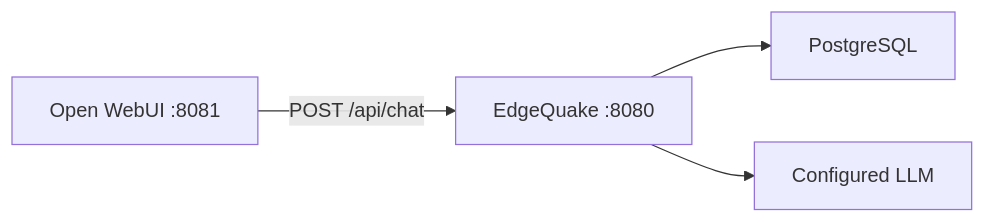
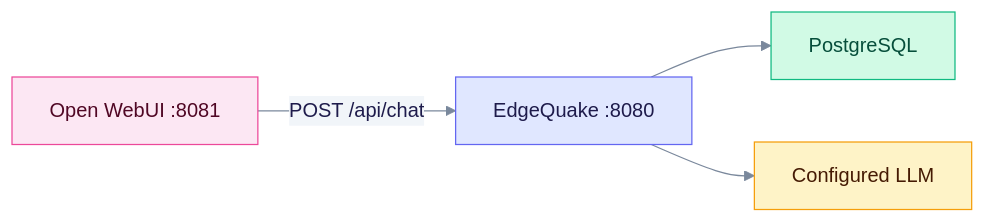
One commit to raphaelmansuy/edgequake changed the diagram in docs/integrations/open-webui.md. Above: the diagram before and after it, drawn with Mermaid. The commit also changed other lines of this file and 194 other files, not shown here.

First line of the commit message:
Refresh docs against code and rebuild schema E/R as progressive steps

````diff
--- a/docs/integrations/open-webui.md
+++ b/docs/integrations/open-webui.md
@@ -16,6 +18,15 @@
 ```mermaid
+%%{init: {"theme":"base","themeVariables":{"primaryColor":"#E0E7FF","primaryBorderColor":"#6366F1","primaryTextColor":"#1E1B4B","secondaryColor":"#D1FAE5","secondaryBorderColor":"#10B981","secondaryTextColor":"#064E3B","tertiaryColor":"#FEF3C7","tertiaryBorderColor":"#F59E0B","tertiaryTextColor":"#6B7A90","lineColor":"#7A889C","clusterBkg":"rgba(99,102,241,0.07)","clusterBorder":"#A5B4FC","noteBkgColor":"#FEF9C3","noteTextColor":"#422006","textColor":"#6B7A90","titleColor":"#6B7A90","signalColor":"#7A889C","signalTextColor":"#6B7A90","loopTextColor":"#6B7A90","edgeLabelBackground":"#F1F5F9","actorLineColor":"#94A3B8"}}}%%
+%% eq-theme:v1
 flowchart LR
     OW["Open WebUI :8081"] -->|"POST /api/chat"| EQ["EdgeQuake :8080"]
     EQ --> PG["PostgreSQL"]
     EQ --> LLM["Configured LLM"]
+%% eq-classes
+classDef eqActor fill:#FCE7F3,stroke:#EC4899,color:#500724
+classDef eqStore fill:#D1FAE5,stroke:#10B981,color:#064E3B
+classDef eqLlm fill:#FEF3C7,stroke:#F59E0B,color:#451A03
+class OW eqActor
+class PG eqStore
+class LLM eqLlm
 ```
````
